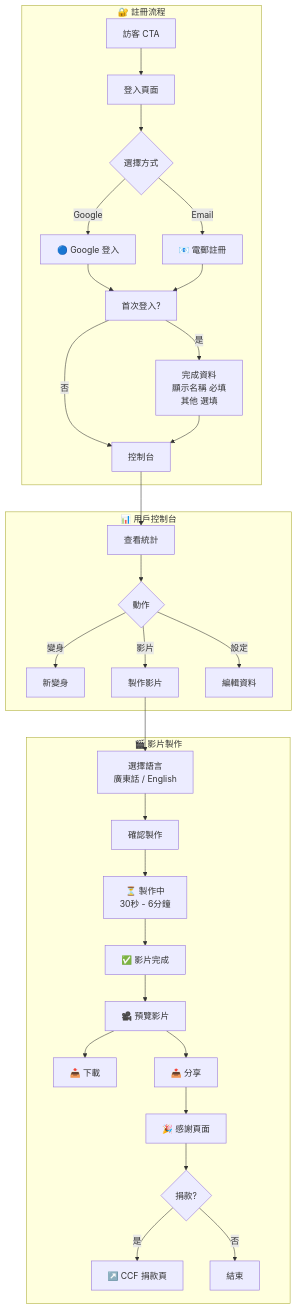
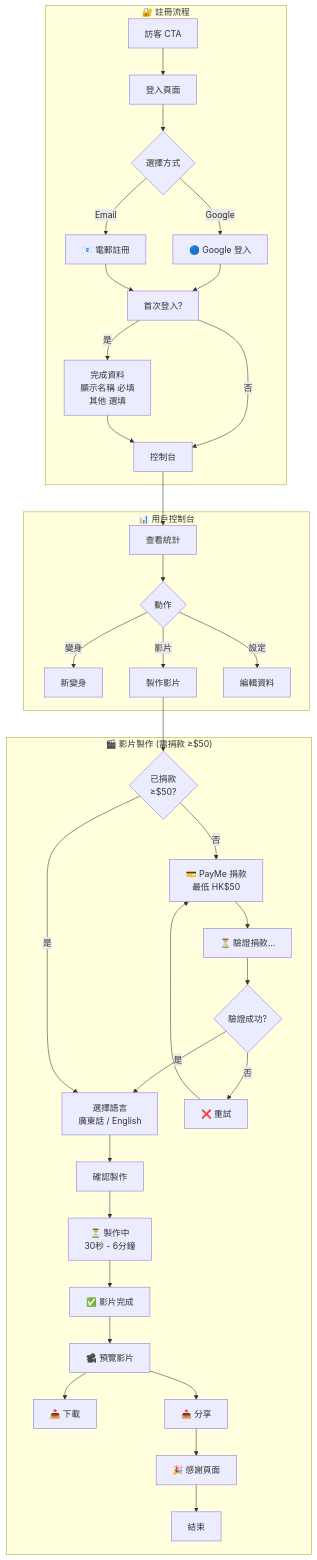
The second of 3 diagrams in documents/2025-12-31-ccf-shave-for-hope-firebase-studio-project.md (ZorroCheng-MC/sharehub), drawn with Mermaid before and after one commit. The commit also changed other lines of this file, not shown here.

First line of the commit message:
Publish: 剃亮希望 Shave for Hope - CCF AI 籌款活動專案

````diff
--- a/documents/2025-12-31-ccf-shave-for-hope-firebase-studio-project.md
+++ b/documents/2025-12-31-ccf-shave-for-hope-firebase-studio-project.md
@@ -130,36 +127,41 @@
 ```mermaid
 flowchart TD
     subgraph SIGNUP["🔐 註冊流程"]
         A[訪客 CTA] --> B[登入頁面]
         B --> C{選擇方式}
         C -->|Google| D[🔵 Google 登入]
         C -->|Email| E[📧 電郵註冊]
         D --> F[首次登入?]
         E --> F
         F -->|是| G[完成資料<br/>顯示名稱 必填<br/>其他 選填]
         F -->|否| H[控制台]
         G --> H
     end
 
     subgraph DASHBOARD["📊 用戶控制台"]
         H[控制台] --> I[查看統計]
         I --> J{動作}
         J -->|變身| K[新變身]
         J -->|影片| L[製作影片]
         J -->|設定| M[編輯資料]
     end
 
-    subgraph VIDEO["🎬 影片製作"]
-        L --> N[選擇語言<br/>廣東話 / English]
+    subgraph VIDEO["🎬 影片製作 (需捐款 ≥$50)"]
+        L --> L1{已捐款<br/>≥$50?}
+        L1 -->|否| L2[💳 PayMe 捐款<br/>最低 HK$50]
+        L2 --> L3[⏳ 驗證捐款...]
+        L3 --> L4{驗證成功?}
+        L4 -->|是| N
+        L4 -->|否| L5[❌ 重試]
+        L5 --> L2
+        L1 -->|是| N[選擇語言<br/>廣東話 / English]
         N --> O[確認製作]
         O --> P[⏳ 製作中<br/>30秒 - 6分鐘]
         P --> Q[✅ 影片完成]
         Q --> R[🎥 預覽影片]
         R --> S[📥 下載]
         R --> T[📤 分享]
         T --> U[🎉 感謝頁面]
-        U --> V{捐款?}
-        V -->|是| W[↗️ CCF 捐款頁]
-        V -->|否| X[結束]
+        U --> X[結束]
     end
 ```
````
